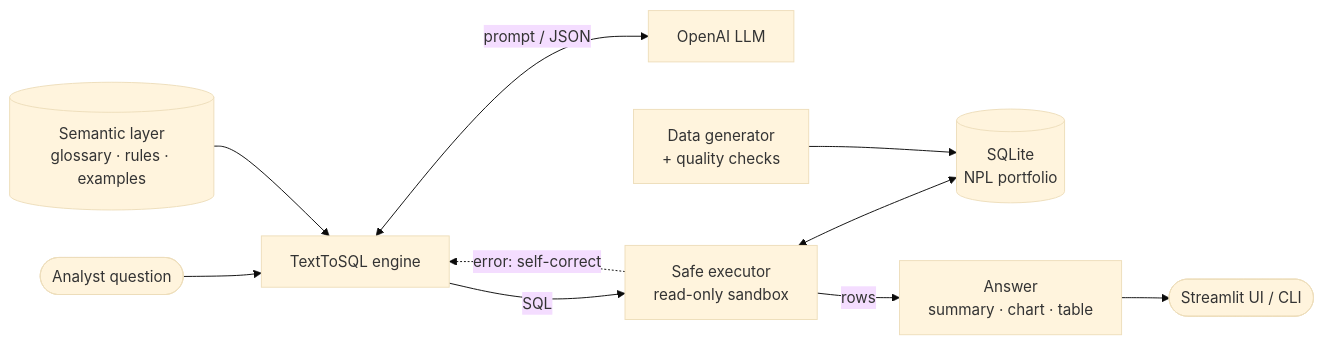
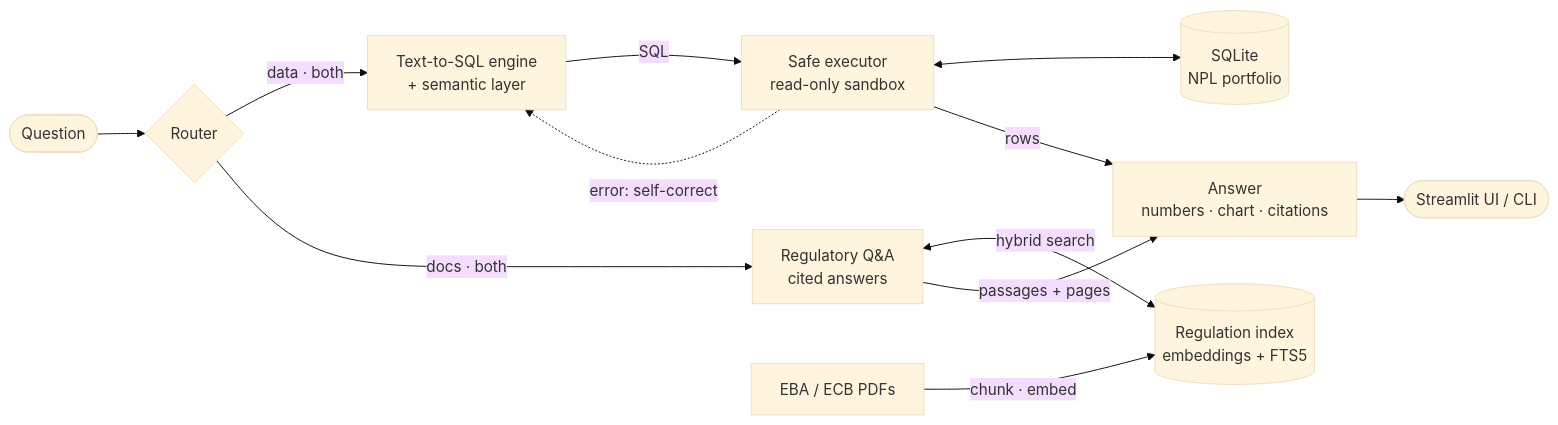
The diagram in docs/diagrams/architecture.mmd (AdamDiam/loan-portfolio-copilot), drawn with Mermaid (base theme) before and after one commit. The commit also changed 20 other files, not shown here.

Commit message:
Phase 2: RAG over EBA/ECB regulation with citations, router, evaluation

```diff
--- a/docs/diagrams/architecture.mmd
+++ b/docs/diagrams/architecture.mmd
@@ -1,10 +1,12 @@
 flowchart LR
-    U([Analyst question]) --> E[TextToSQL engine]
-    S[(Semantic layer<br/>glossary · rules · examples)] --> E
-    E <-->|prompt / JSON| L[OpenAI LLM]
+    U([Question]) --> R{Router}
+    R -->|data · both| E[Text-to-SQL engine<br/>+ semantic layer]
+    R -->|docs · both| Q[Regulatory Q&A<br/>cited answers]
     E -->|SQL| X[Safe executor<br/>read-only sandbox]
     X -.->|error: self-correct| E
     X <--> D[(SQLite<br/>NPL portfolio)]
-    G[Data generator<br/>+ quality checks] --> D
-    X -->|rows| A[Answer<br/>summary · chart · table]
+    Q <-->|hybrid search| I[(Regulation index<br/>embeddings + FTS5)]
+    P[EBA / ECB PDFs] -->|chunk · embed| I
+    X -->|rows| A[Answer<br/>numbers · chart · citations]
+    Q -->|passages + pages| A
     A --> UI([Streamlit UI / CLI])
```
